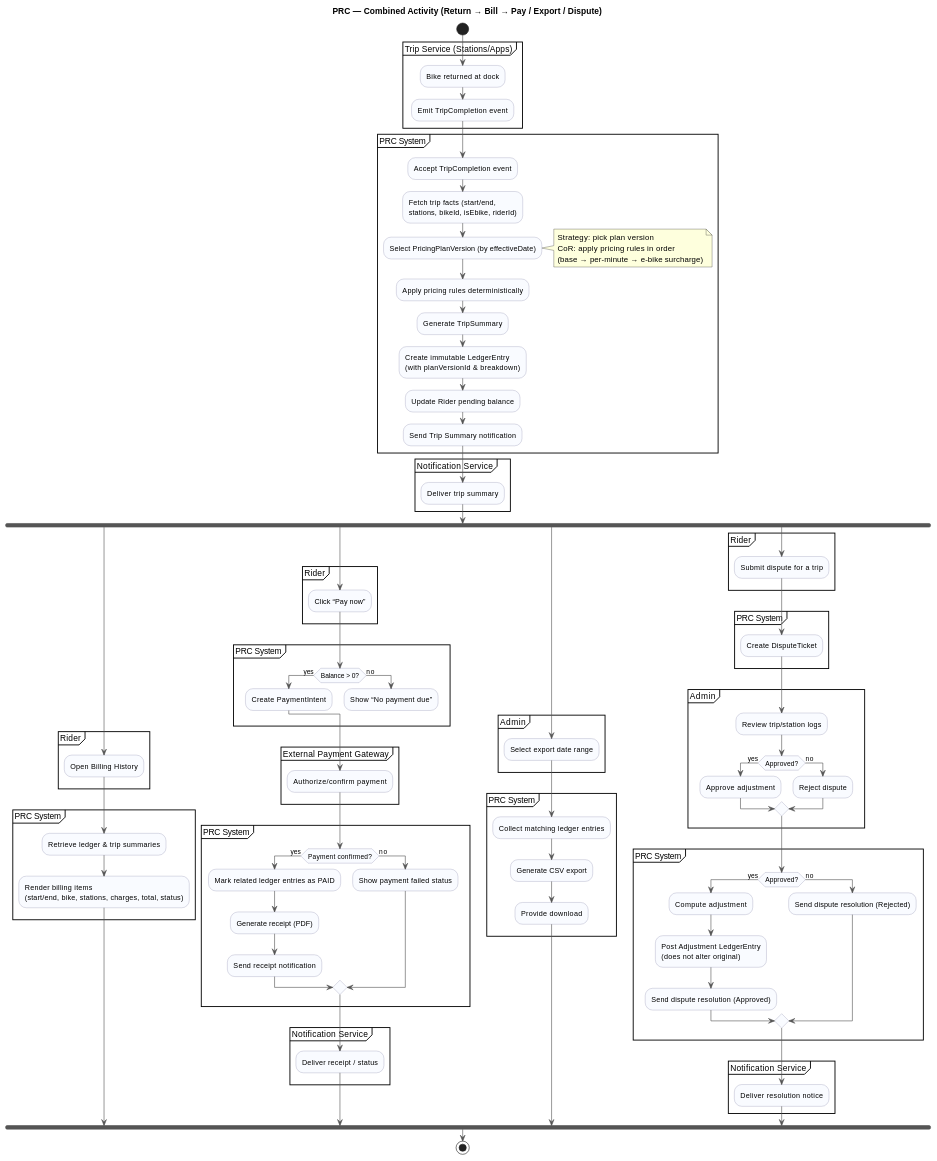
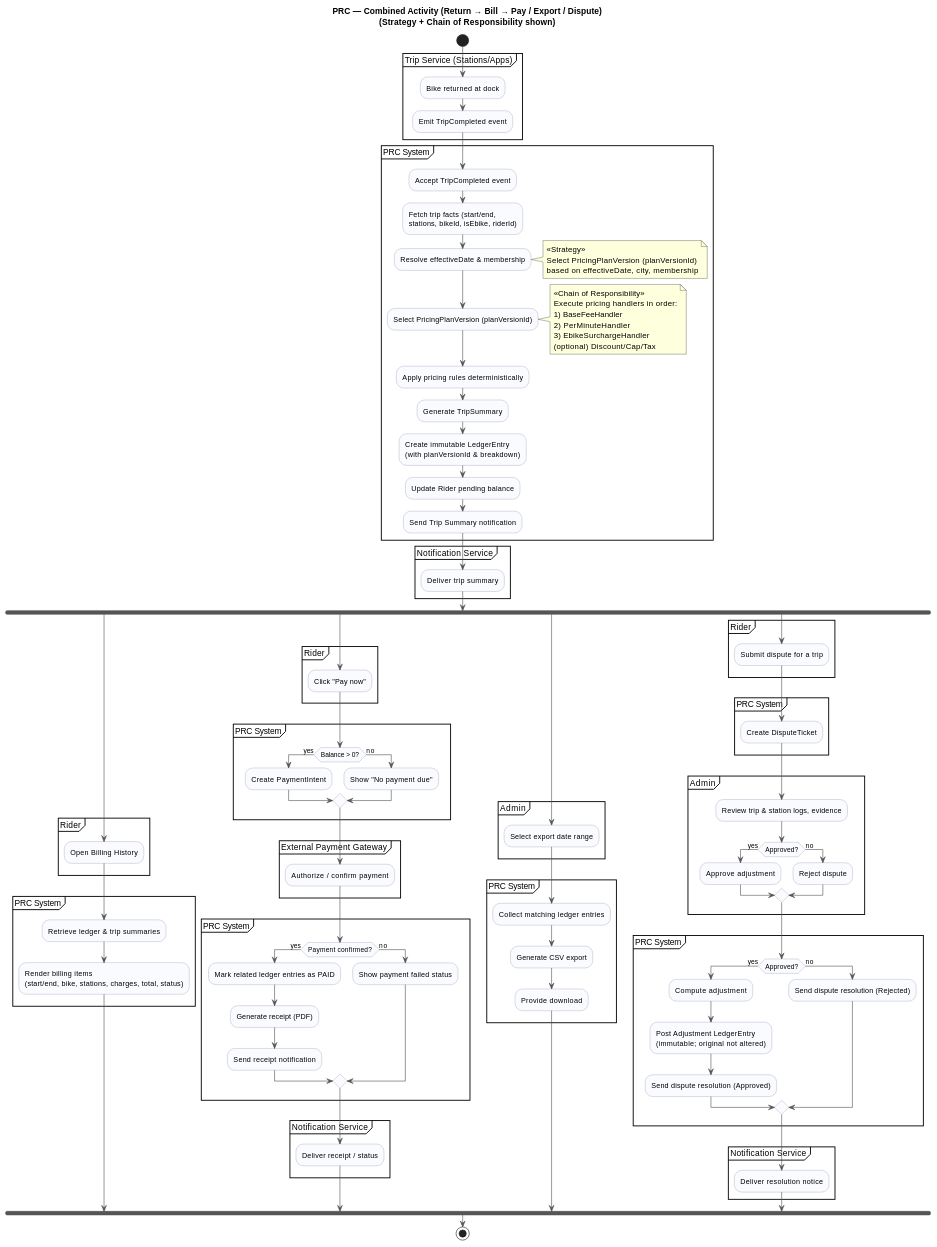
Before and after one commit to Abdul-RehmanCU/SOEN-343---Bike: the diagram in diagrams/PRC-DIAGRAMS/PRC_ACTIVITY_DIAGRAM.md, drawn with PlantUML. The commit also changed 2 other files, not shown here.

Commit message:
better implementation of the Strategy + CoR on diags

```diff
--- a/diagrams/PRC-DIAGRAMS/PRC_ACTIVITY_DIAGRAM.md
+++ b/diagrams/PRC-DIAGRAMS/PRC_ACTIVITY_DIAGRAM.md
@@ -1,26 +1,39 @@
 @startuml
-title PRC — Combined Activity (Return → Bill → Pay / Export / Dispute)
+title PRC — Combined Activity (Return → Bill → Pay / Export / Dispute)\n(Strategy + Chain of Responsibility shown)
 
 skinparam ArrowColor #555
 skinparam ActivityBackgroundColor #F9FBFF
 skinparam ActivityBorderColor #88A
+skinparam linetype ortho
+skinparam shadowing false
 
 start
 
 partition "Trip Service (Stations/Apps)" {
   :Bike returned at dock;
-  :Emit TripCompletion event;
+  :Emit TripCompleted event;
 }
 
 partition "PRC System" {
-  :Accept TripCompletion event;
+  :Accept TripCompleted event;
   :Fetch trip facts (start/end,\nstations, bikeId, isEbike, riderId);
-  :Select PricingPlanVersion (by effectiveDate);
+  :Resolve effectiveDate & membership;
 
   note right
-  Strategy: pick plan version
-  CoR: apply pricing rules in order
-  (base → per-minute → e-bike surcharge)
+  <<Strategy>>
+  Select PricingPlanVersion (planVersionId)
+  based on effectiveDate, city, membership
+  end note
+
+  :Select PricingPlanVersion (planVersionId);
+
+  note right
+  <<Chain of Responsibility>>
+  Execute pricing handlers in order:
+  1) BaseFeeHandler
+  2) PerMinuteHandler
+  3) EbikeSurchargeHandler
+  (optional) Discount/Cap/Tax
   end note
 
   :Apply pricing rules deterministically;
@@ -34,9 +47,9 @@
   :Deliver trip summary;
 }
 
-' ——— Independent post-billing flows (may occur anytime) ———
+' -------- Independent post-billing flows (can occur anytime) --------
 fork
-  ' Rider views billing (optional)
+  ' View Billing (optional)
   partition Rider {
     :Open Billing History;
   }
@@ -45,20 +58,19 @@
     :Render billing items\n(start/end, bike, stations, charges, total, status);
   }
 fork again
-  ' Rider settles payment (optional)
+  ' Settle Payment (optional)
   partition Rider {
-    :Click “Pay now”;
+    :Click "Pay now";
   }
   partition "PRC System" {
     if (Balance > 0?) then (yes)
       :Create PaymentIntent;
     else (no)
-      :Show “No payment due”;
-      detach
+      :Show "No payment due";
     endif
   }
   partition "External Payment Gateway" {
-    :Authorize/confirm payment;
+    :Authorize / confirm payment;
   }
   partition "PRC System" {
     if (Payment confirmed?) then (yes)
@@ -73,7 +85,7 @@
     :Deliver receipt / status;
   }
 fork again
-  ' Admin exports (optional)
+  ' Export (optional)
   partition Admin {
     :Select export date range;
   }
@@ -83,7 +95,7 @@
     :Provide download;
   }
 fork again
-  ' Dispute flow (optional)
+  ' Dispute (optional)
   partition Rider {
     :Submit dispute for a trip;
   }
@@ -91,7 +103,7 @@
     :Create DisputeTicket;
   }
   partition Admin {
-    :Review trip/station logs;
+    :Review trip & station logs, evidence;
     if (Approved?) then (yes)
       :Approve adjustment;
     else (no)
@@ -101,7 +113,7 @@
   partition "PRC System" {
     if (Approved?) then (yes)
       :Compute adjustment;
-      :Post Adjustment LedgerEntry\n(does not alter original);
+      :Post Adjustment LedgerEntry\n(immutable; original not altered);
       :Send dispute resolution (Approved);
     else (no)
       :Send dispute resolution (Rejected);
```
